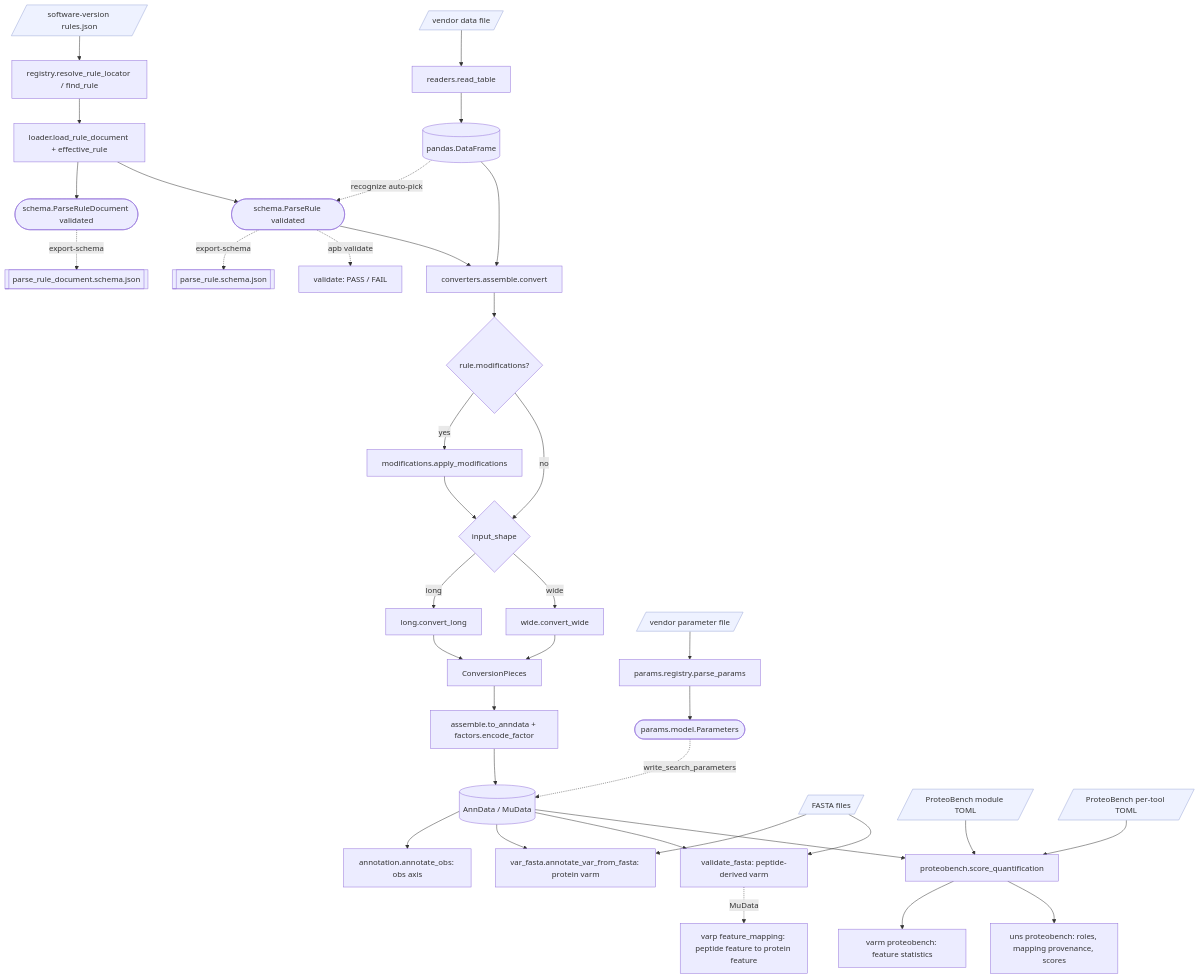
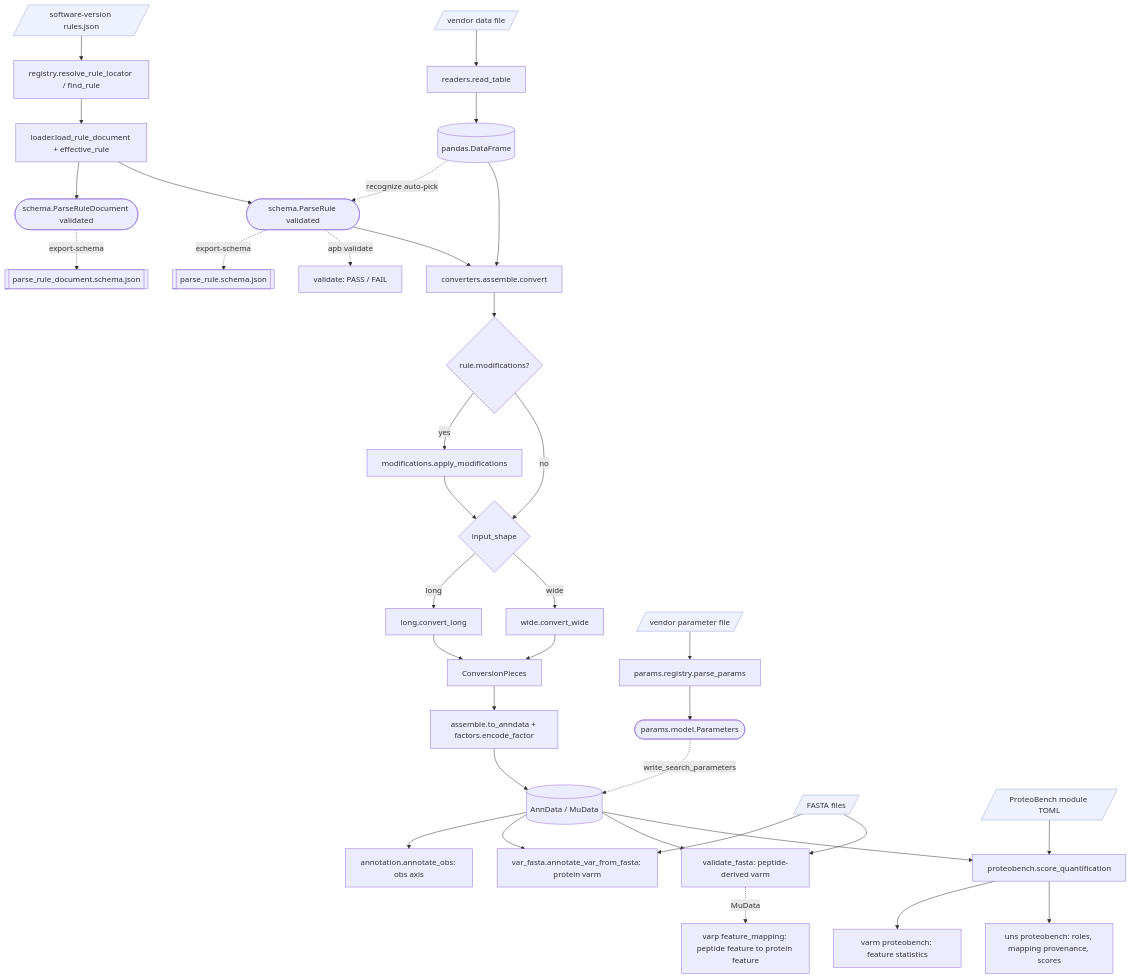
The diagram in docs/ARCHITECTURE.md (anndata-omics-bridge/anndata-proteomics-bridge), drawn with Mermaid before and after one commit. The commit also changed other lines of this file and 66 other files, not shown here.

````diff
--- a/docs/ARCHITECTURE.md
+++ b/docs/ARCHITECTURE.md
@@ -14,47 +14,46 @@
 ```mermaid
 flowchart TD
     config[/software-version rules.json/] --> resolve[registry.resolve_rule_locator / find_rule]
     resolve --> load[loader.load_rule_document + effective_rule]
     load --> source([schema.ParseRuleDocument validated])
     load --> rule([schema.ParseRule validated])
     source -. export-schema .-> sourceschema[[parse_rule_document.schema.json]]
     rule -. export-schema .-> schemajson[[parse_rule.schema.json]]
     rule -. apb validate .-> val[validate: PASS / FAIL]
 
     data[/vendor data file/] --> readtable[readers.read_table]
     readtable --> df[(pandas.DataFrame)]
     df -. recognize auto-pick .-> rule
 
     df --> convert[converters.assemble.convert]
     rule --> convert
     convert --> mods{rule.modifications?}
     mods -->|yes| applymods[modifications.apply_modifications]
     mods -->|no| shape{input_shape}
     applymods --> shape
     shape -->|long| long[long.convert_long]
     shape -->|wide| wide[wide.convert_wide]
     long --> pieces[ConversionPieces]
     wide --> pieces
     pieces --> assemble[assemble.to_anndata + factors.encode_factor]
     assemble --> adata[(AnnData / MuData)]
 
     paramfile[/vendor parameter file/] --> parseparams[params.registry.parse_params]
     parseparams --> params([params.model.Parameters])
     params -. write_search_parameters .-> adata
 
     adata --> annobs[annotation.annotate_obs: obs axis]
     fastafile[/FASTA files/] --> annvar[var_fasta.annotate_var_from_fasta: protein varm]
     adata --> annvar
     fastafile --> valfasta[validate_fasta: peptide-derived varm]
     adata --> valfasta
     valfasta -. MuData .-> mulink[varp feature_mapping: peptide feature to protein feature]
 
     moduletoml[/ProteoBench module TOML/] --> pbscore[proteobench.score_quantification]
-    tooltoml[/ProteoBench per-tool TOML/] --> pbscore
     adata --> pbscore
     pbscore --> pbvarm[varm proteobench: feature statistics]
     pbscore --> pbuns[uns proteobench: roles, mapping provenance, scores]
 
     classDef io fill:#eef2ff,stroke:#9aa7d8;
-    class config,data,paramfile,fastafile,moduletoml,tooltoml io;
+    class config,data,paramfile,fastafile,moduletoml io;
 ```
````
